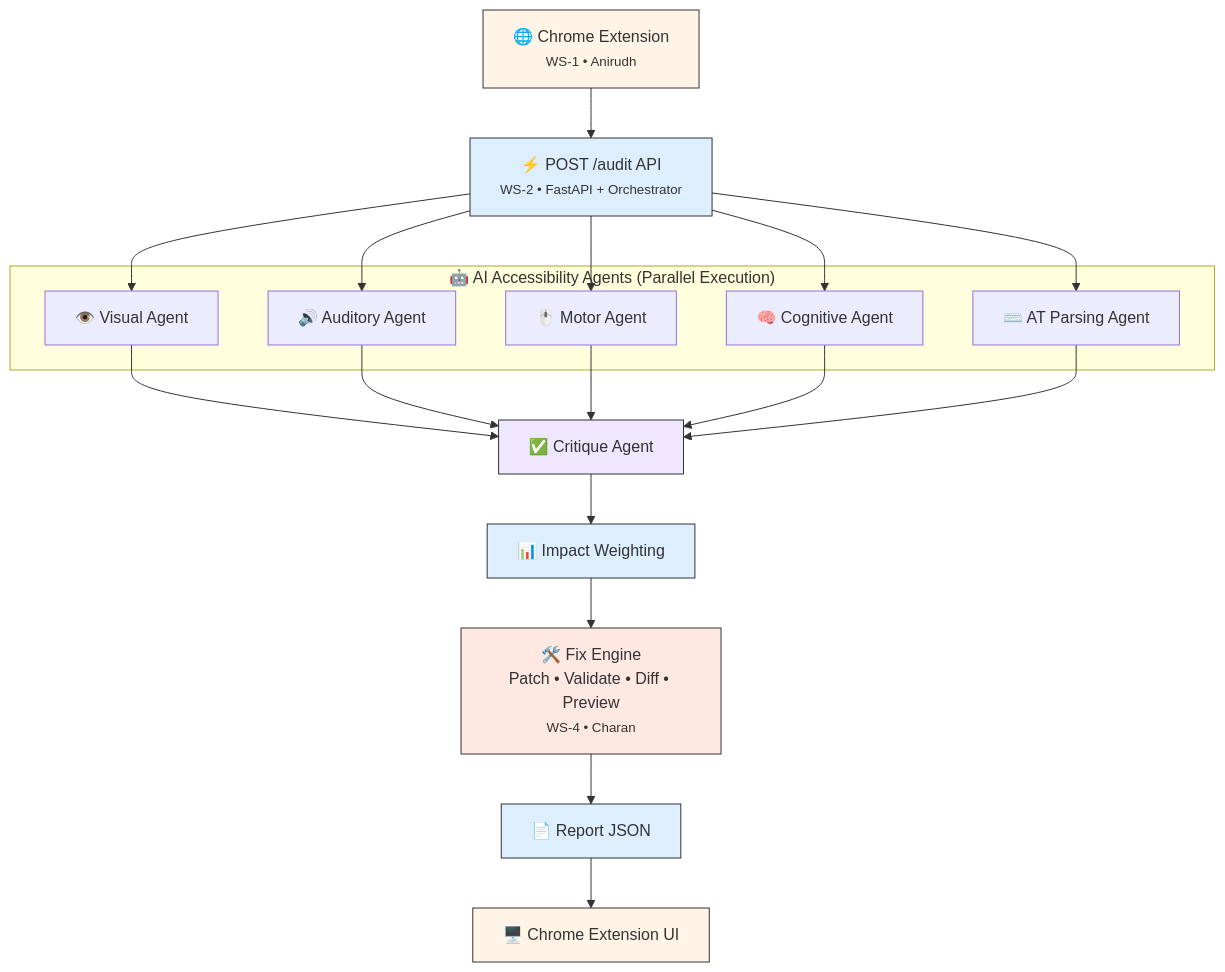
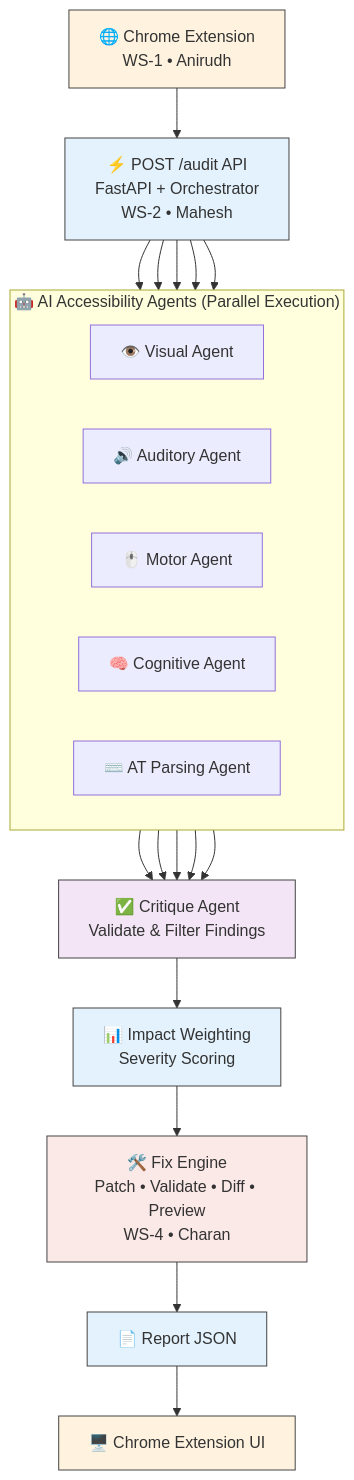
The diagram in README.md (sreeks7675/AccessAI), drawn with Mermaid before and after one commit. The commit also changed other lines of this file, not shown here.

````diff
--- a/README.md
+++ b/README.md
@@ -9,43 +11,49 @@
 ```mermaid
 flowchart TD
 
-A["🌐 Chrome Extension<br><small>WS-1 • Anirudh</small>"]
+A["🌐 Chrome Extension<br/>WS-1 • Anirudh"]
 
-A --> B["⚡ POST /audit API<br><small>WS-2 • FastAPI + Orchestrator</small>"]
+A --> B["⚡ POST /audit API<br/>FastAPI + Orchestrator<br/>WS-2 • Mahesh"]
 
-subgraph AGENTS["🤖 AI Accessibility Agents (Parallel Execution)"]
-C1["👁️ Visual Agent"]
-C2["🔊 Auditory Agent"]
-C3["🖱️ Motor Agent"]
-C4["🧠 Cognitive Agent"]
-C5["⌨️ AT Parsing Agent"]
+subgraph AG["🤖 AI Accessibility Agents (Parallel Execution)"]
+
+direction LR
+
+V["👁️ Visual Agent"]
+AU["🔊 Auditory Agent"]
+M["🖱️ Motor Agent"]
+C["🧠 Cognitive Agent"]
+AT["⌨️ AT Parsing Agent"]
+
 end
 
-B --> C1
-B --> C2
-B --> C3
-B --> C4
-B --> C5
+B --> V
+B --> AU
+B --> M
+B --> C
+B --> AT
 
-C1 --> D["✅ Critique Agent"]
-C2 --> D
-C3 --> D
-C4 --> D
-C5 --> D
+V --> CR
+AU --> CR
+M --> CR
+C --> CR
+AT --> CR
 
-D --> E["📊 Impact Weighting"]
+CR["✅ Critique Agent<br/>Validate & Filter Findings"]
 
-E --> F["🛠️ Fix Engine<br/>Patch • Validate • Diff • Preview<br/><small>WS-4 • Charan</small>"]
+CR --> IW["📊 Impact Weighting<br/>Severity Scoring"]
 
-F --> G["📄 Report JSON"]
+IW --> FE["🛠️ Fix Engine<br/>Patch • Validate • Diff • Preview<br/>WS-4 • Charan"]
 
-G --> H["🖥️ Chrome Extension UI"]
+FE --> RJ["📄 Report JSON"]
 
-style A fill:#FFF4E5,stroke:#333
-style B fill:#DDEEFF,stroke:#333
-style D fill:#EFE6FF,stroke:#333
-style E fill:#DDEEFF,stroke:#333
-style F fill:#FFE8E1,stroke:#333
-style G fill:#DDEEFF,stroke:#333
-style H fill:#FFF4E5,stroke:#333
+RJ --> UI["🖥️ Chrome Extension UI"]
+
+style A fill:#FFF3E0,stroke:#444
+style B fill:#E3F2FD,stroke:#444
+style CR fill:#F3E5F5,stroke:#444
+style IW fill:#E3F2FD,stroke:#444
+style FE fill:#FBE9E7,stroke:#444
+style RJ fill:#E3F2FD,stroke:#444
+style UI fill:#FFF3E0,stroke:#444
 ```
````
